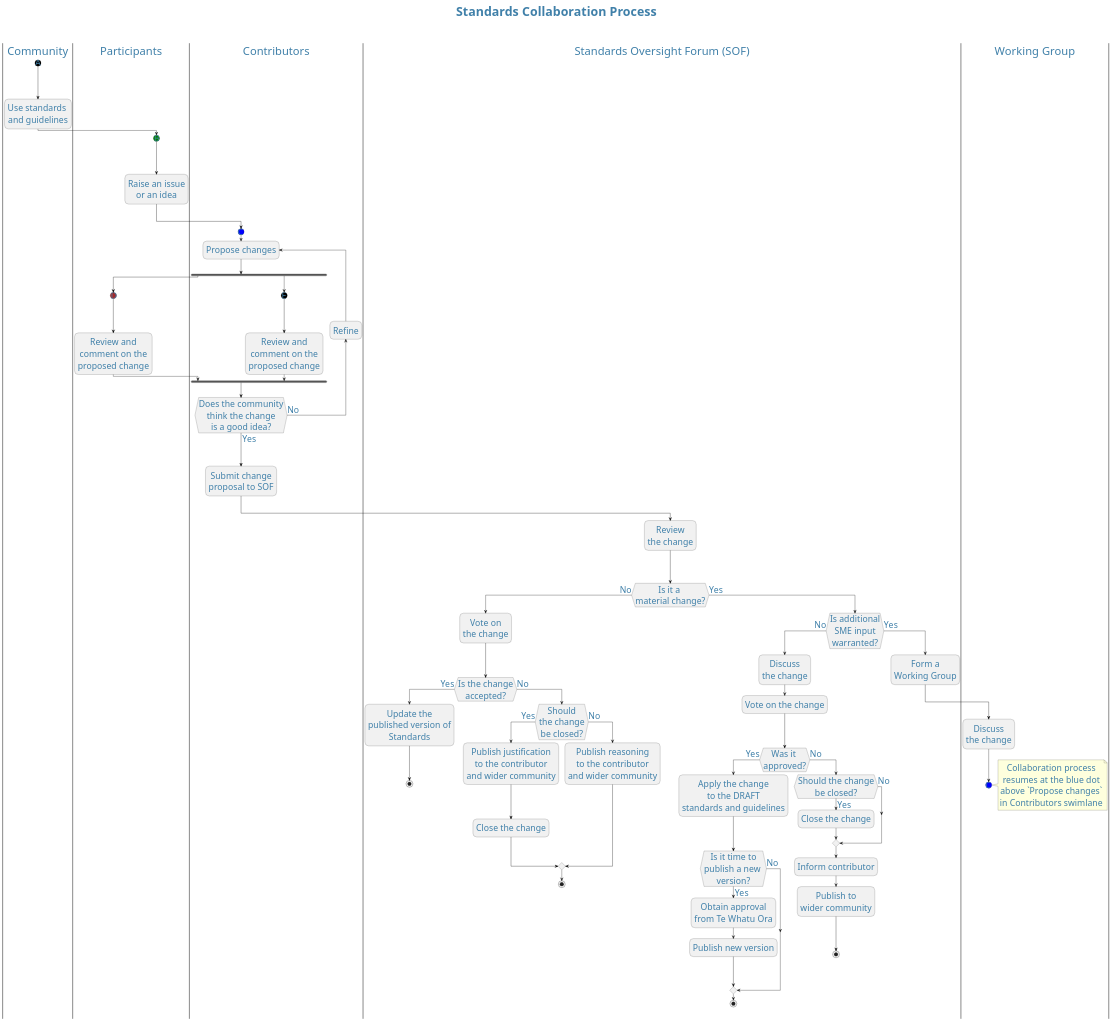
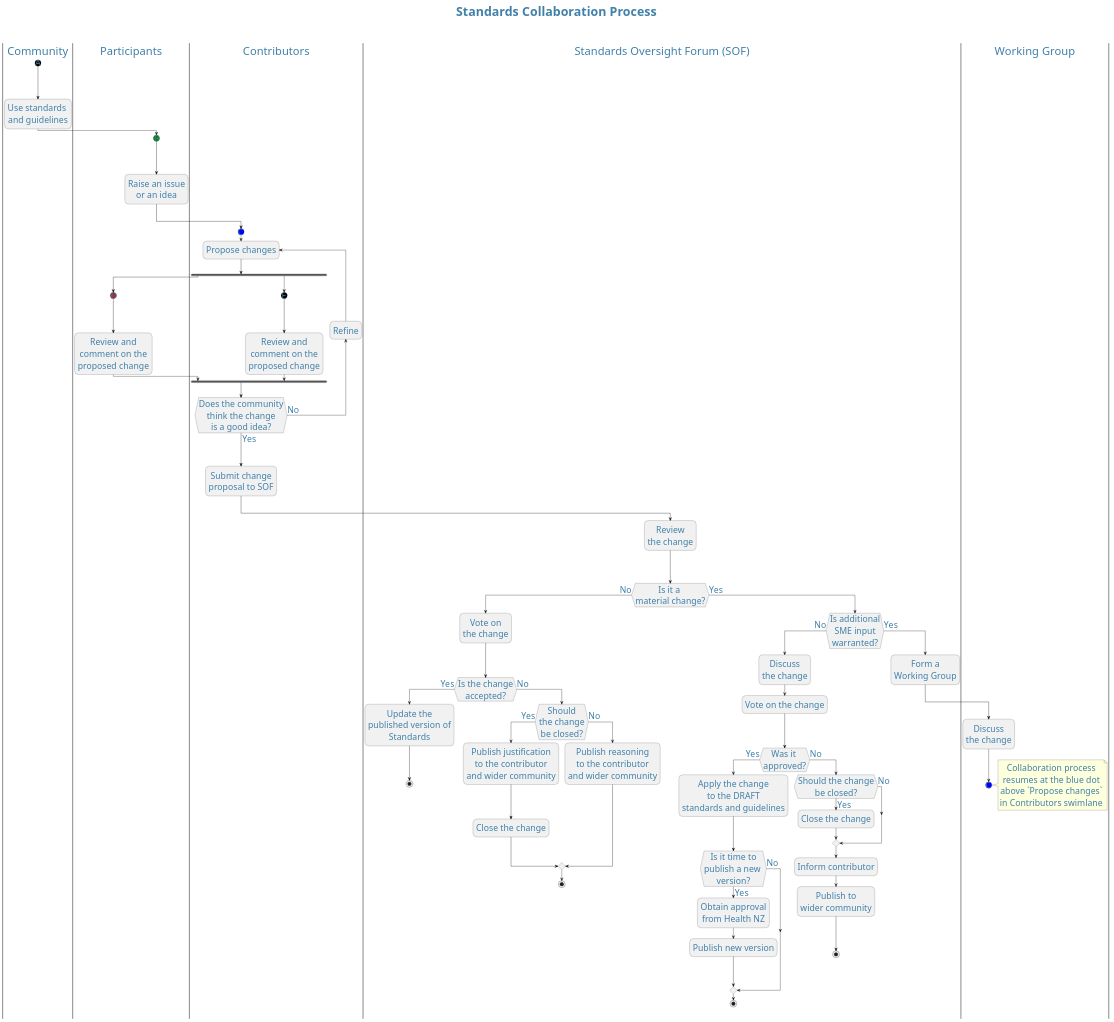
The diagram in docs/community/01-introduction/01.4-collab-process.md (tewhatuora/api-standards), drawn with PlantUML before and after one commit. The commit also changed other lines of this file and 32 other files, not shown here.

```diff
--- a/docs/community/01-introduction/01.4-collab-process.md
+++ b/docs/community/01-introduction/01.4-collab-process.md
@@ -119,7 +119,7 @@
         -[#black]->\n;
 
         if (Is it time to\npublish a new \nversion?) then (Yes)
-                :Obtain approval\nfrom Te Whatu Ora;
+                :Obtain approval\nfrom Health NZ;
                 :Publish new version;
                 -[#black]-> \n;
         else (No)
```
